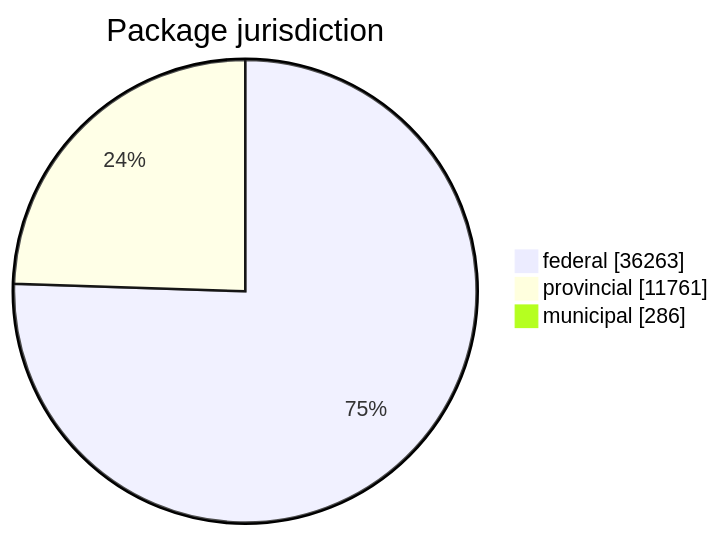
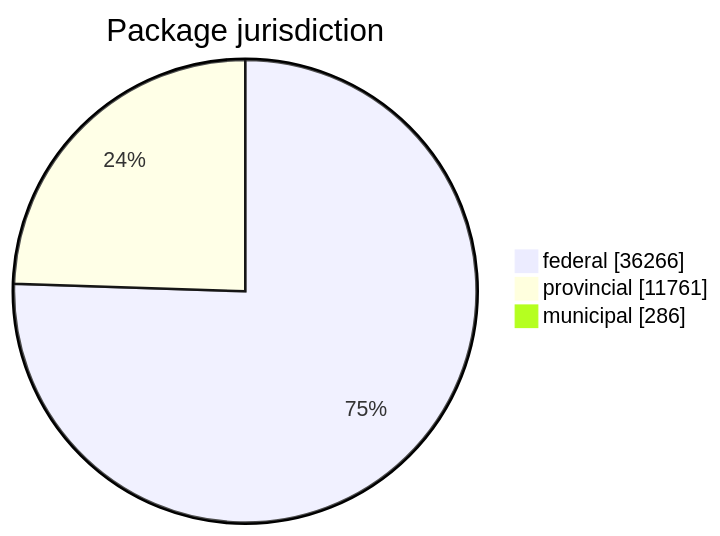
The first of 5 diagrams in FreshCheck/README.md (open-data/analytics-corporate-reporting), drawn with Mermaid before and after one commit. The commit also changed other lines of this file and 3 other files, not shown here.

````diff
--- a/FreshCheck/README.md
+++ b/FreshCheck/README.md
@@ -60,6 +60,6 @@
 ```mermaid
 pie showData title Package jurisdiction
-    "federal": 36263
+    "federal": 36266
     "provincial": 11761
     "municipal": 286
 ```
````
